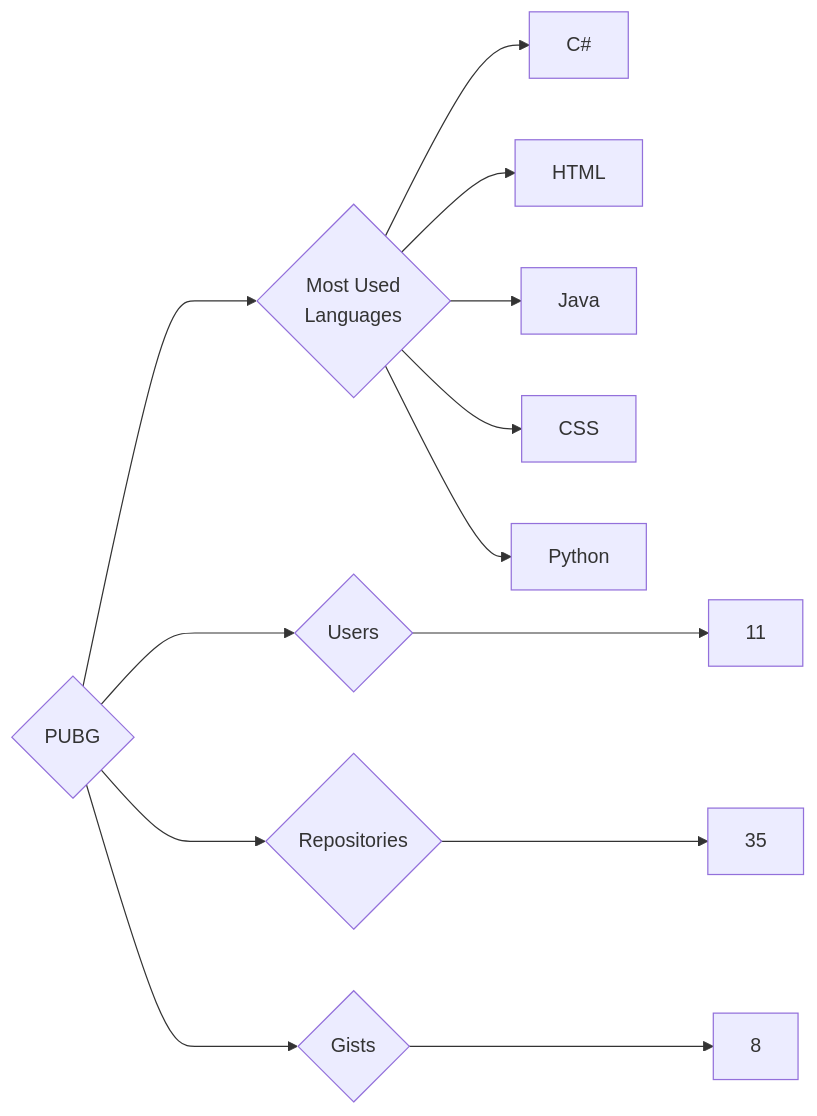
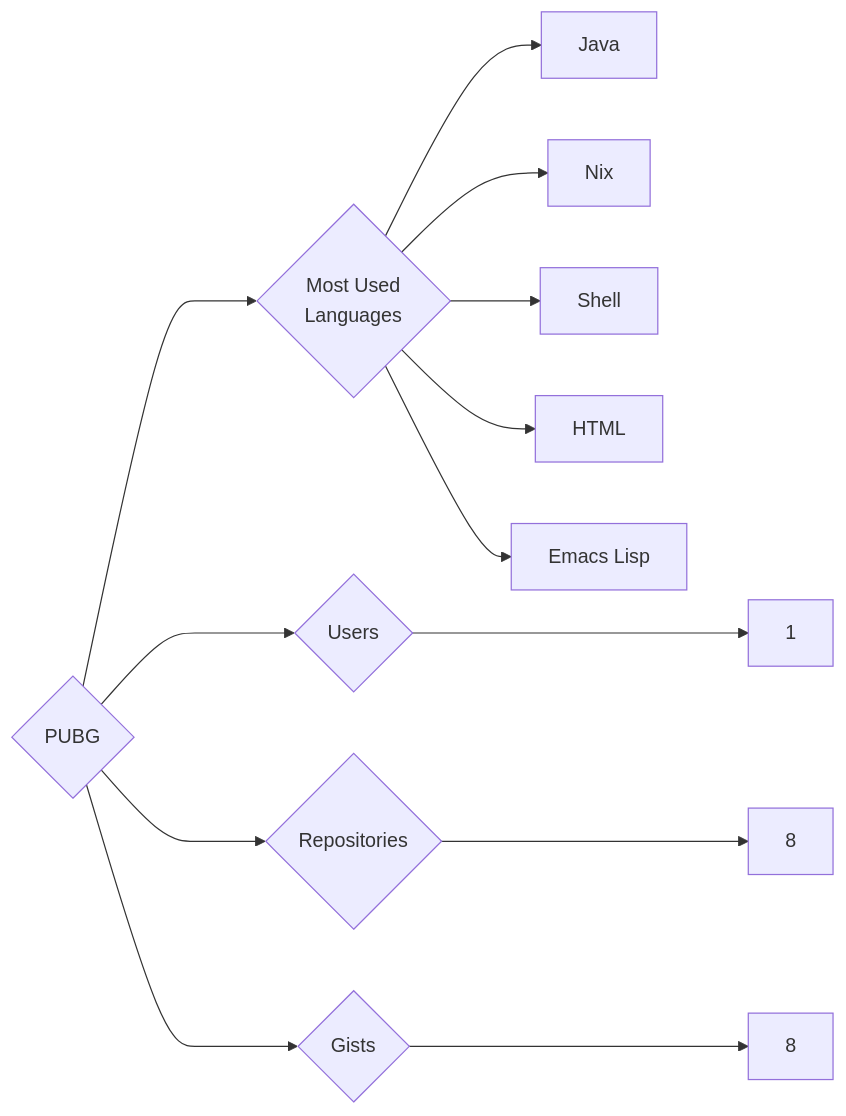
The diagram in targets/PUBG/README.md (trickest/insiders), drawn with Mermaid before and after one commit. The commit also changed 1248 other files, not shown here.

````diff
--- a/targets/PUBG/README.md
+++ b/targets/PUBG/README.md
@@ -3,13 +3,13 @@
 ```mermaid
 graph LR
 COMPANY_NAME{PUBG}
-COMPANY_NAME ---> U{Users} ---> UN[11]
-COMPANY_NAME ---> R{Repositories} ---> RN[35]
+COMPANY_NAME ---> U{Users} ---> UN[1]
+COMPANY_NAME ---> R{Repositories} ---> RN[8]
 COMPANY_NAME ---> G{Gists} ---> GN[8]
 COMPANY_NAME ---> ML{Most Used<br>Languages}
-ML --> C#[C#]
+ML --> Java[Java]
+ML --> Nix[Nix]
+ML --> Shell[Shell]
 ML --> HTML[HTML]
-ML --> Java[Java]
-ML --> CSS[CSS]
-ML --> Python[Python]
+ML --> Emacs_Lisp[Emacs Lisp]
 ```
````
